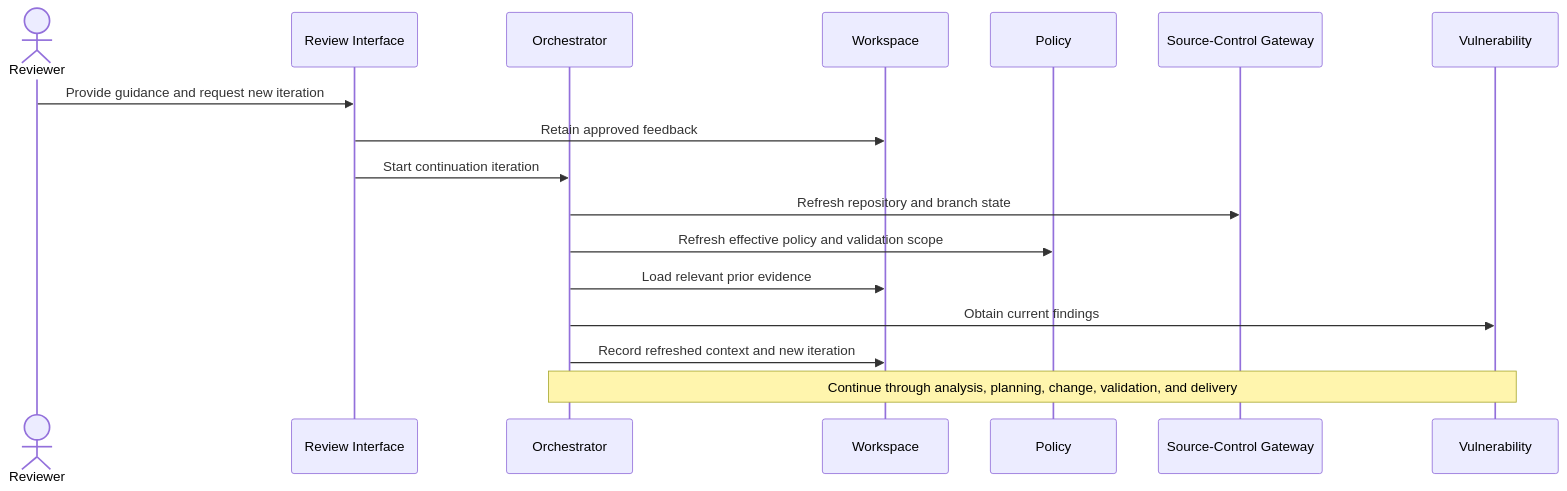
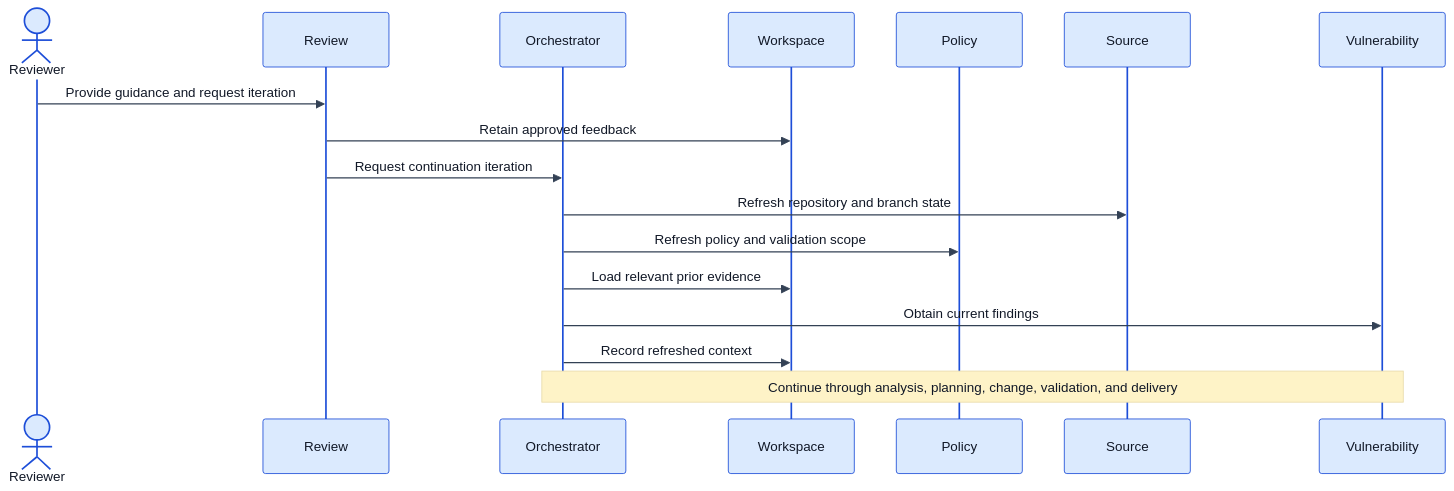
One commit to AILearner365/oss-remediation-adk changed the seventh of 7 diagrams in docs/04-system-architecture.md. Above: the diagram before and after it, drawn with Mermaid. The commit also changed other lines of this file, not shown here.

Commit message:
docs: refine architecture constraints and diagram readability

````diff
--- a/docs/04-system-architecture.md
+++ b/docs/04-system-architecture.md
@@ -308,20 +330,21 @@
 ```mermaid
+%%{init: {"theme":"base","themeVariables":{"background":"#ffffff","primaryColor":"#dbeafe","primaryTextColor":"#111827","primaryBorderColor":"#1d4ed8","lineColor":"#334155","textColor":"#111827","actorBkg":"#dbeafe","actorBorder":"#1d4ed8","actorTextColor":"#111827","signalColor":"#334155","signalTextColor":"#111827","labelBoxBkgColor":"#ffffff","labelTextColor":"#111827","noteBkgColor":"#fef3c7","noteTextColor":"#111827"}}}%%
 sequenceDiagram
     actor Reviewer
-    participant Review as Review Interface
+    participant Review
     participant Orchestrator
     participant Workspace
     participant Policy
-    participant Source as Source-Control Gateway
+    participant Source
     participant Vulnerability
 
-    Reviewer->>Review: Provide guidance and request new iteration
+    Reviewer->>Review: Provide guidance and request iteration
     Review->>Workspace: Retain approved feedback
-    Review->>Orchestrator: Start continuation iteration
+    Review->>Orchestrator: Request continuation iteration
     Orchestrator->>Source: Refresh repository and branch state
-    Orchestrator->>Policy: Refresh effective policy and validation scope
+    Orchestrator->>Policy: Refresh policy and validation scope
     Orchestrator->>Workspace: Load relevant prior evidence
     Orchestrator->>Vulnerability: Obtain current findings
-    Orchestrator->>Workspace: Record refreshed context and new iteration
+    Orchestrator->>Workspace: Record refreshed context
     Note over Orchestrator,Vulnerability: Continue through analysis, planning, change, validation, and delivery
 ```
````
